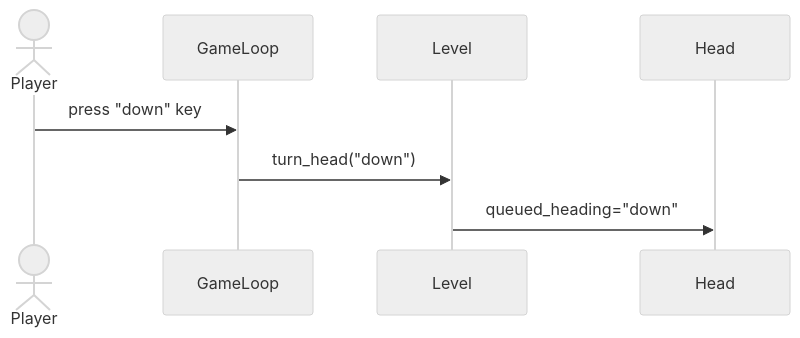
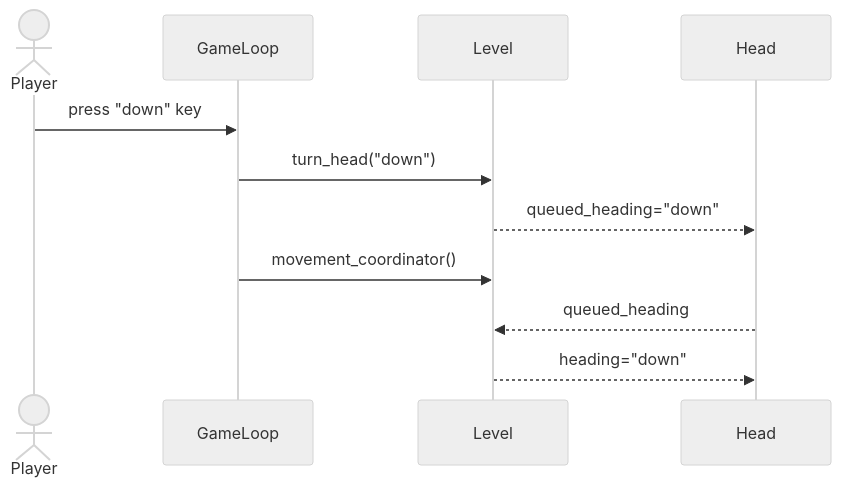
One commit to Nuutti20K/ot-harjoitustyo changed the second of 2 diagrams in dokumentaatio/arkkitehtuuri.md. Above: the diagram before and after it, drawn with Mermaid (neutral theme). The commit also changed other lines of this file, not shown here.

````diff
--- a/dokumentaatio/arkkitehtuuri.md
+++ b/dokumentaatio/arkkitehtuuri.md
@@ -32,10 +38,13 @@
 ```mermaid
 sequenceDiagram
     actor Player
     participant GameLoop
     participant Level
     participant Head
     Player->>GameLoop: press "down" key
     GameLoop->>Level: turn_head("down")
-    Level->>Head: queued_heading="down"
+    Level-->>Head: queued_heading="down"
+    GameLoop->>Level: movement_coordinator()
+    Head-->>Level: queued_heading
+    Level-->>Head: heading="down"
 ```
````
